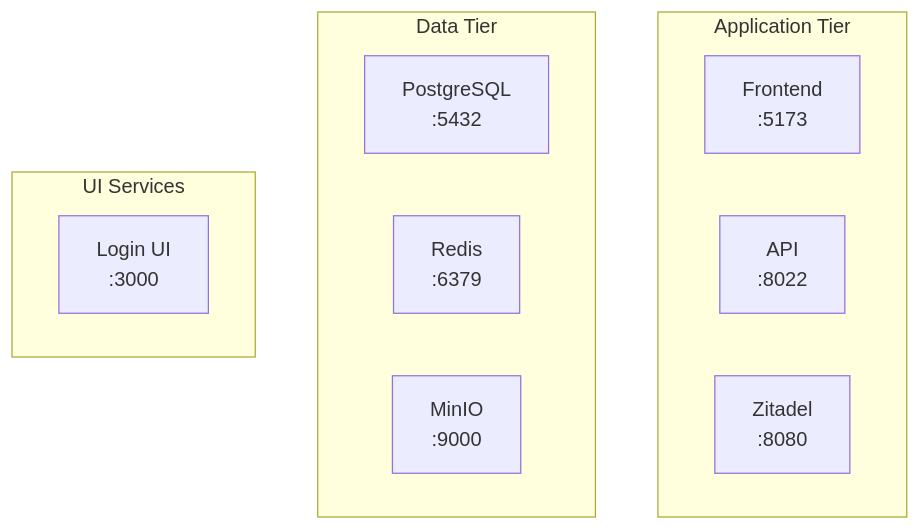
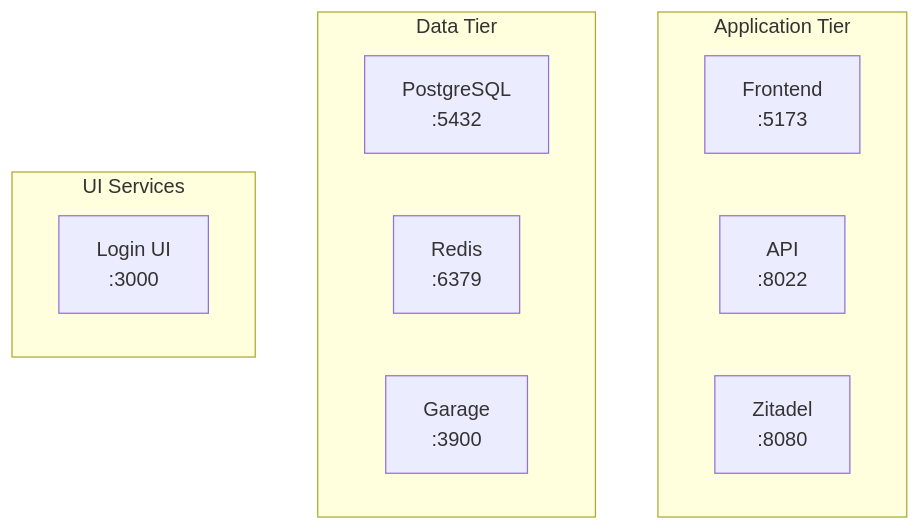
Before and after one commit to vhco-pro/stackweaver-frontend: the sixth of 7 diagrams in docs/architecture/README.md, drawn with Mermaid. The commit also changed other lines of this file and 23 other files, not shown here.

````diff
--- a/docs/architecture/README.md
+++ b/docs/architecture/README.md
@@ -454,18 +454,18 @@
 ```mermaid
 flowchart TB
     subgraph AppTier["Application Tier"]
         Frontend["Frontend<br/>:5173"]
         API["API<br/>:8022"]
         Zitadel["Zitadel<br/>:8080"]
     end
 
     subgraph DataTier["Data Tier"]
         PostgreSQL["PostgreSQL<br/>:5432"]
         Redis["Redis<br/>:6379"]
-        MinIO["MinIO<br/>:9000"]
+        Garage["Garage<br/>:3900"]
     end
 
     subgraph UIServices["UI Services"]
         LoginUI["Login UI<br/>:3000"]
     end
 ```
````
